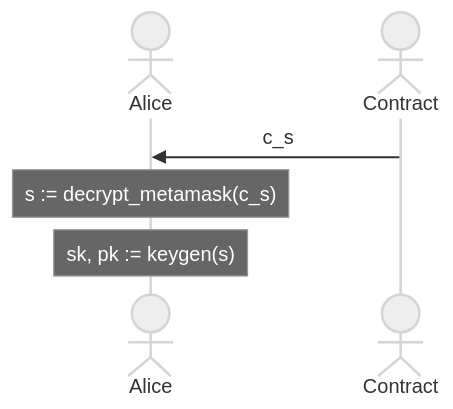
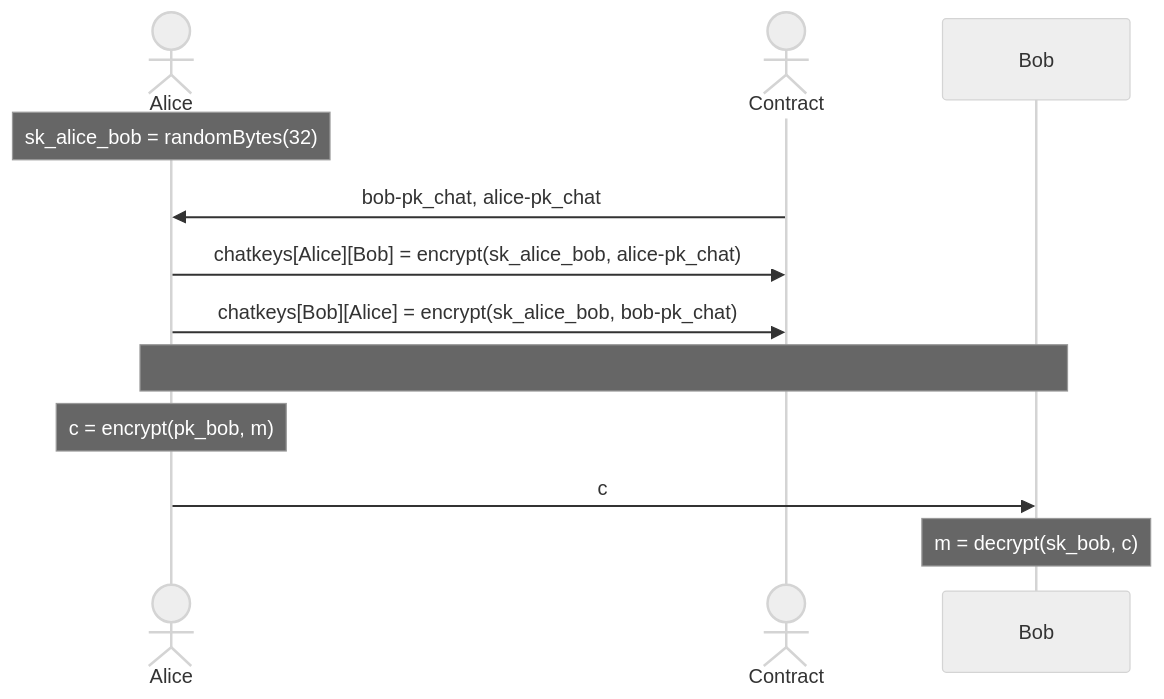
Before and after one commit to erhant/blockchatting: the second of 3 diagrams in README.md, drawn with Mermaid (neutral theme). The commit also changed other lines of this file and 3 other files, not shown here.

Commit message:
new schema

````diff
--- a/README.md
+++ b/README.md
@@ -35,10 +45,16 @@
 ```mermaid
 sequenceDiagram
   actor Alice
   actor Contract
 
-  Contract ->> Alice: c_s
+  Note over Alice: sk_alice_bob = randomBytes(32)
+  Contract ->> Alice: bob-pk_chat, alice-pk_chat
+  Alice ->> Contract: chatkeys[Alice][Bob] = encrypt(sk_alice_bob, alice-pk_chat)
+  Alice ->> Contract: chatkeys[Bob][Alice] = encrypt(sk_alice_bob, bob-pk_chat)
 
-  Note over Alice: s := decrypt_metamask(c_s)
-  Note over Alice: sk, pk := keygen(s)
+
+  Note over Alice, Bob:
+  Note over Alice: c = encrypt(pk_bob, m)
+  Alice ->> Bob: c
+  Note over Bob: m = decrypt(sk_bob, c)
 ```
````
